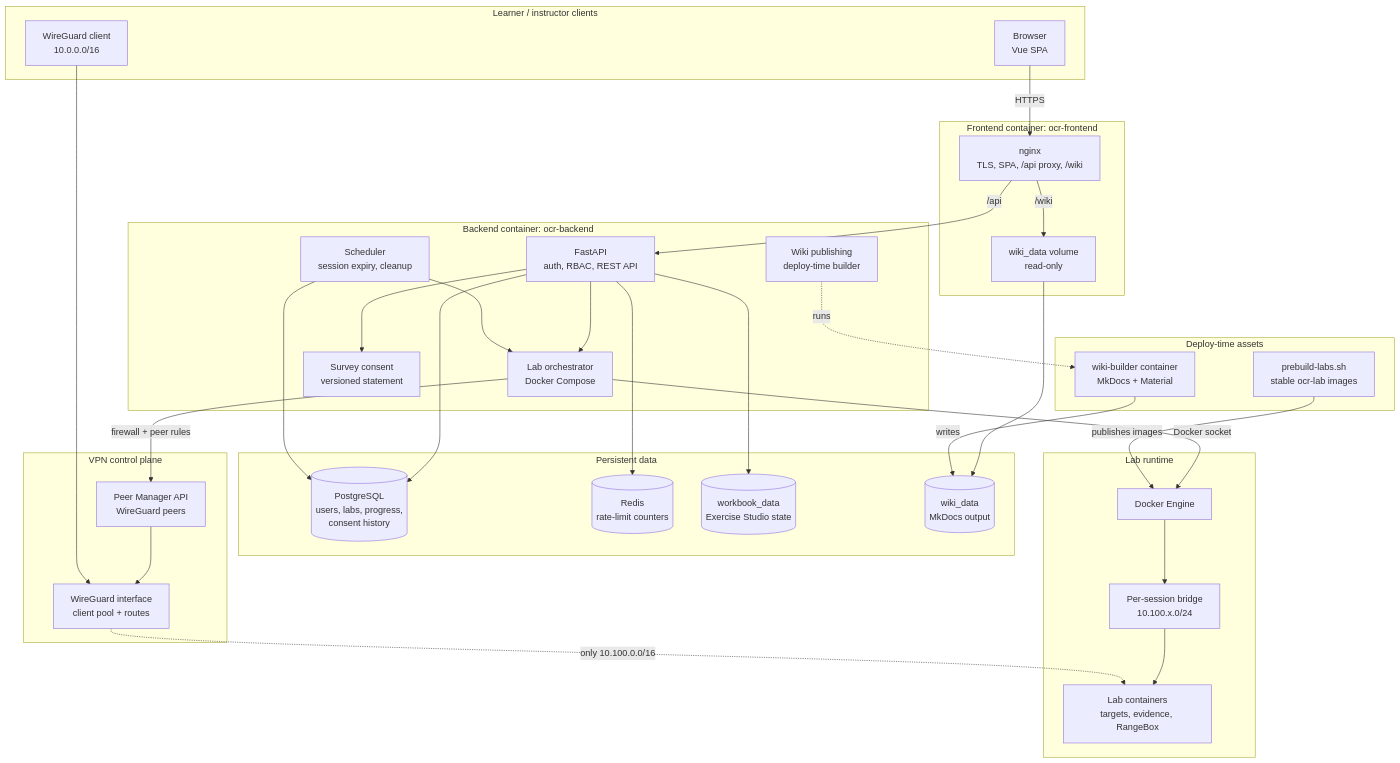
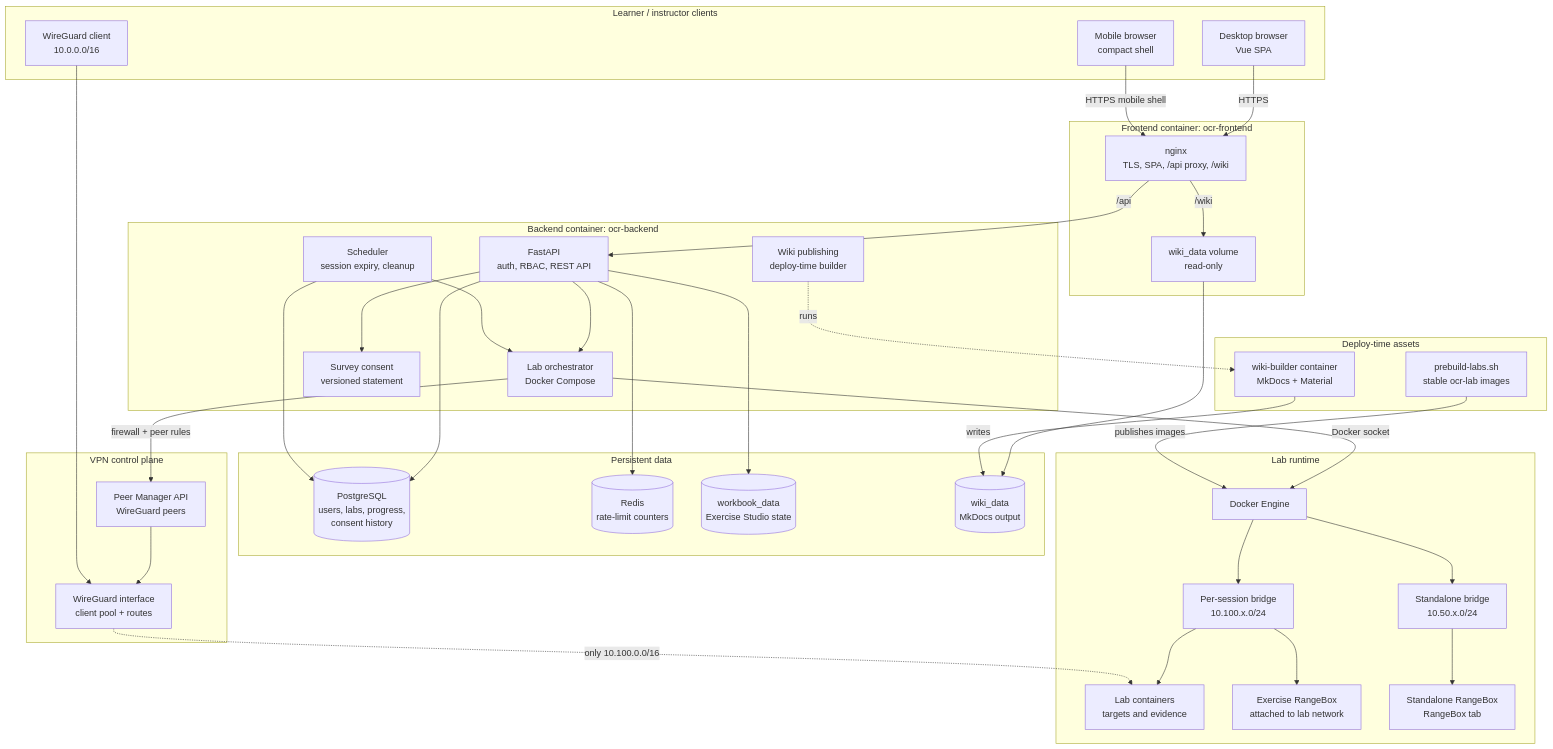
The diagram in docs/ARCHITECTURE.md (RobChaykoski/opencyberrange), drawn with Mermaid before and after one commit. The commit also changed other lines of this file and 38 other files, not shown here.

````diff
--- a/docs/ARCHITECTURE.md
+++ b/docs/ARCHITECTURE.md
@@ -9,68 +9,76 @@
 ```mermaid
 flowchart TB
     subgraph Clients["Learner / instructor clients"]
-        B["Browser<br/>Vue SPA"]
+        B["Desktop browser<br/>Vue SPA"]
+        M["Mobile browser<br/>compact shell"]
         V["WireGuard client<br/>10.0.0.0/16"]
     end
 
     subgraph Edge["Frontend container: ocr-frontend"]
         N["nginx<br/>TLS, SPA, /api proxy, /wiki"]
         WV["wiki_data volume<br/>read-only"]
     end
 
     subgraph App["Backend container: ocr-backend"]
         API["FastAPI<br/>auth, RBAC, REST API"]
         SCHED["Scheduler<br/>session expiry, cleanup"]
         ORCH["Lab orchestrator<br/>Docker Compose"]
         SURVEY["Survey consent<br/>versioned statement"]
         WIKI["Wiki publishing<br/>deploy-time builder"]
     end
 
     subgraph Data["Persistent data"]
         PG[("PostgreSQL<br/>users, labs, progress,<br/>consent history")]
         RD[("Redis<br/>rate-limit counters")]
         WB[("workbook_data<br/>Exercise Studio state")]
         WIKIV[("wiki_data<br/>MkDocs output")]
     end
 
     subgraph LabRuntime["Lab runtime"]
         DOCKER["Docker Engine"]
         NET["Per-session bridge<br/>10.100.x.0/24"]
-        LABS["Lab containers<br/>targets, evidence, RangeBox"]
+        LABS["Lab containers<br/>targets and evidence"]
+        LBOX["Exercise RangeBox<br/>attached to lab network"]
+        RBNET["Standalone bridge<br/>10.50.x.0/24"]
+        RB["Standalone RangeBox<br/>RangeBox tab"]
     end
 
     subgraph VPN["VPN control plane"]
         PM["Peer Manager API<br/>WireGuard peers"]
         WG["WireGuard interface<br/>client pool + routes"]
     end
 
     subgraph Build["Deploy-time assets"]
         BUILDER["wiki-builder container<br/>MkDocs + Material"]
         PREBUILD["prebuild-labs.sh<br/>stable ocr-lab images"]
     end
 
     B -->|HTTPS| N
+    M -->|HTTPS mobile shell| N
     N -->|/api| API
     N -->|/wiki| WV
     WV --> WIKIV
 
     API --> PG
     API --> RD
     API --> WB
     API --> SURVEY
     API --> ORCH
     SCHED --> PG
     SCHED --> ORCH
 
     ORCH -->|Docker socket| DOCKER
     DOCKER --> NET
+    DOCKER --> RBNET
     NET --> LABS
+    NET --> LBOX
+    RBNET --> RB
     ORCH -->|firewall + peer rules| PM
     PM --> WG
     V --> WG
     WG -.->|only 10.100.0.0/16| LABS
 
     BUILDER -->|writes| WIKIV
     PREBUILD -->|publishes images| DOCKER
     WIKI -.->|runs| BUILDER
 ```
````
